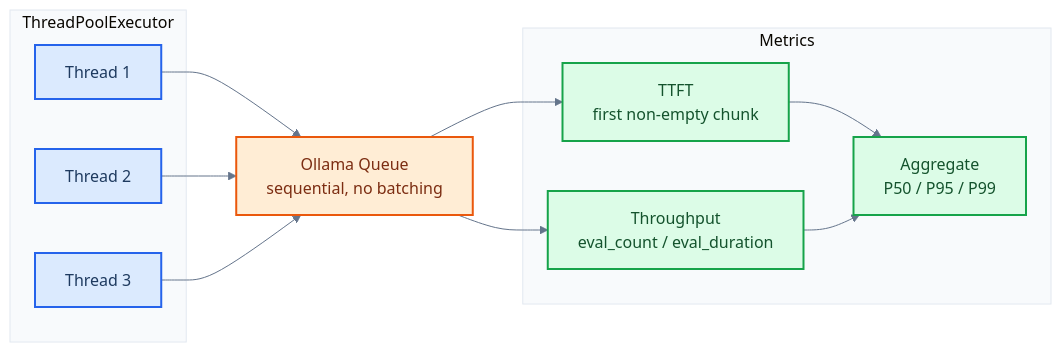
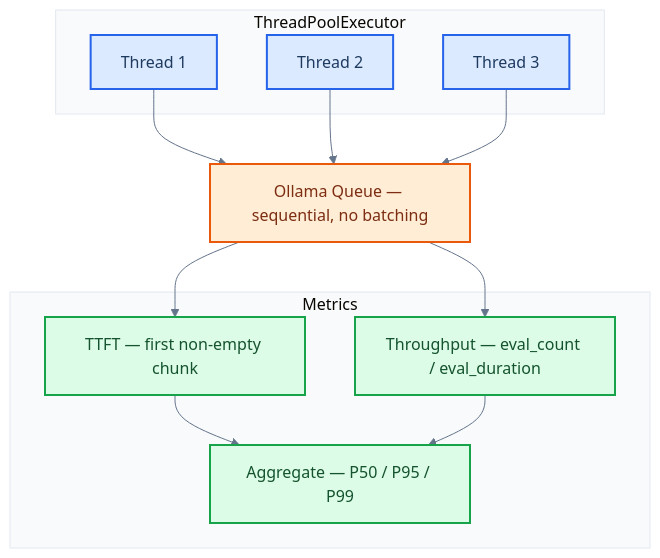
One commit to jameswniu/self-hosted-llm-evals-lab changed the fourth of 4 diagrams in README.md. Above: the diagram before and after it, drawn with Mermaid. The commit also changed other lines of this file, not shown here.

First line of the commit message:
switch pipeline diagrams from LR to TD for larger rendering

````diff
--- a/README.md
+++ b/README.md
@@ -173,29 +173,29 @@
 ```mermaid
 %%{init: {'theme': 'base', 'themeVariables': {'lineColor': '#64748b', 'clusterBkg': '#f8fafc', 'clusterBorder': '#e2e8f0'}}}%%
-flowchart LR
+flowchart TD
     classDef blue fill:#dbeafe,stroke:#2563eb,color:#1e3a5f,stroke-width:2px
     classDef orange fill:#ffedd5,stroke:#ea580c,color:#7c2d12,stroke-width:2px
     classDef green fill:#dcfce7,stroke:#16a34a,color:#14532d,stroke-width:2px
 
     subgraph pool ["ThreadPoolExecutor"]
         C1["Thread 1"]:::blue
         C2["Thread 2"]:::blue
         C3["Thread 3"]:::blue
     end
 
-    Q["Ollama Queue<br/>sequential, no batching"]:::orange
+    Q["Ollama Queue — sequential, no batching"]:::orange
 
     subgraph metrics ["Metrics"]
-        TTFT["TTFT<br/>first non-empty chunk"]:::green
-        TPS["Throughput<br/>eval_count / eval_duration"]:::green
-        AGG["Aggregate<br/>P50 / P95 / P99"]:::green
+        TTFT["TTFT — first non-empty chunk"]:::green
+        TPS["Throughput — eval_count / eval_duration"]:::green
+        AGG["Aggregate — P50 / P95 / P99"]:::green
     end
 
     C1 --> Q
     C2 --> Q
     C3 --> Q
     Q --> TTFT
     Q --> TPS
     TTFT --> AGG
     TPS --> AGG
 ```
````
